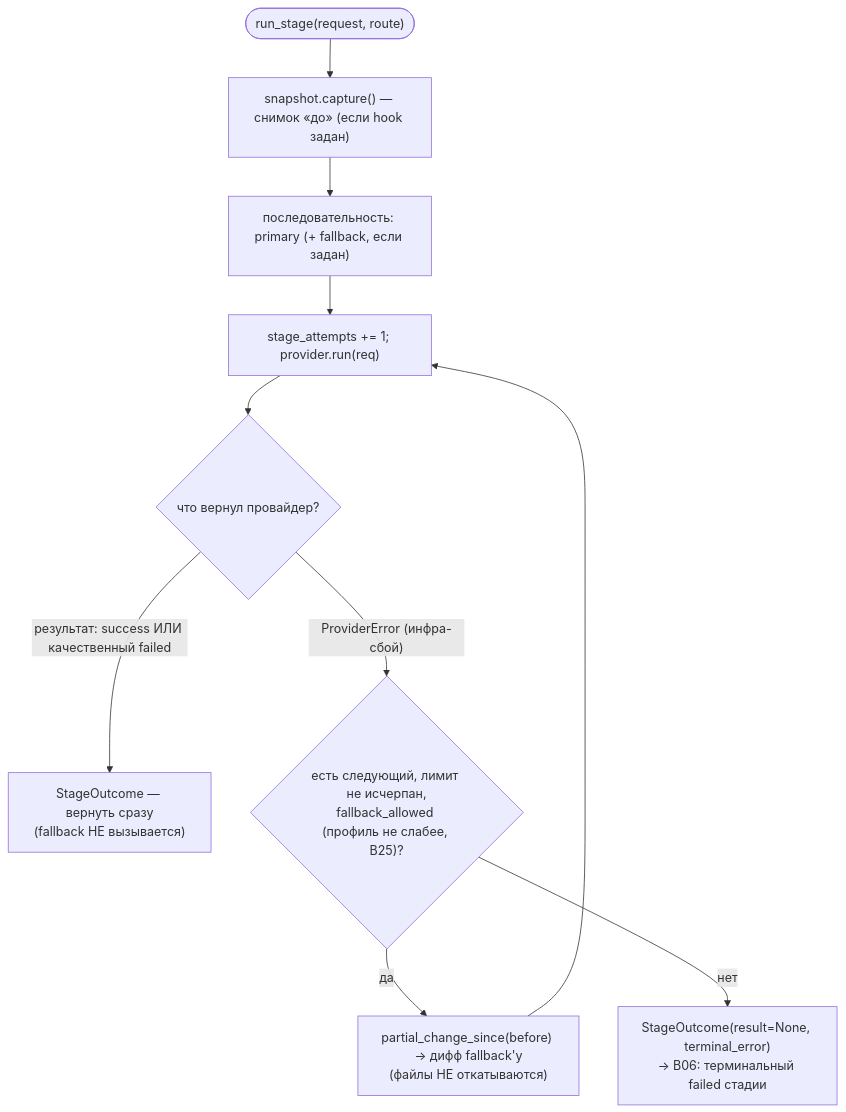
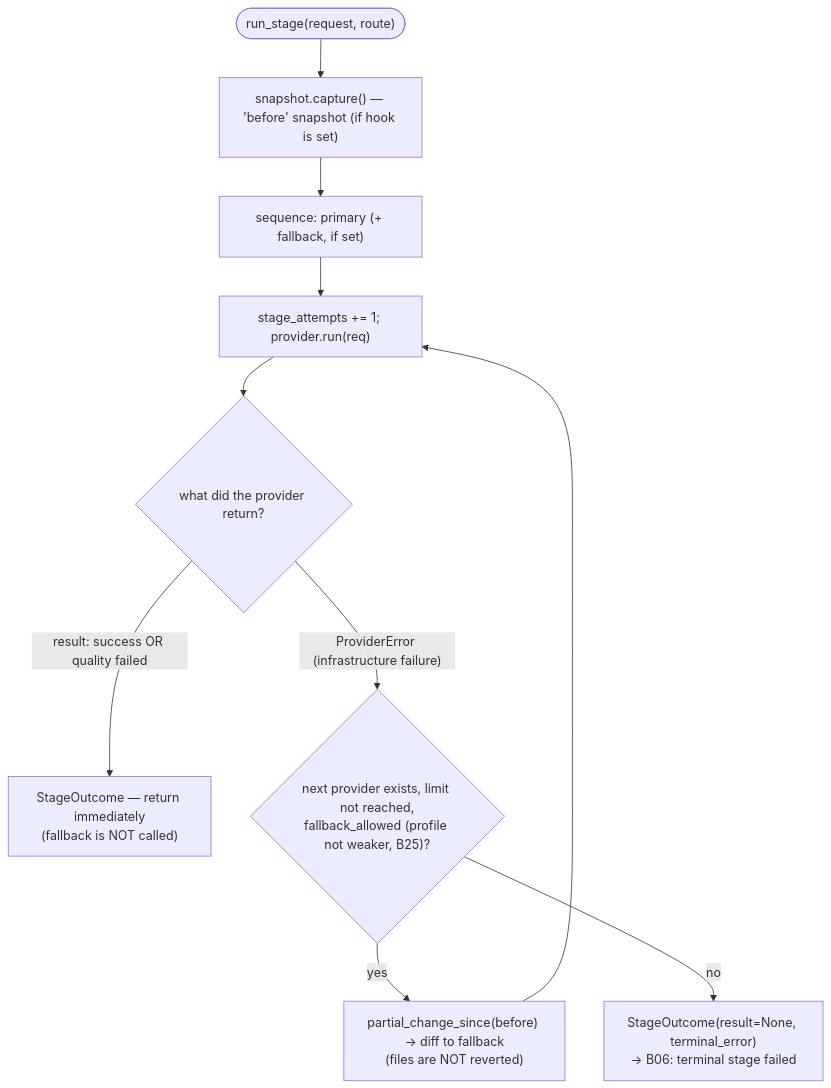
The diagram in docs/functional/blocks/B17-agent-router-and-fallback.md (VladimirMakarevich/wastech-orchestrator), drawn with Mermaid before and after one commit. The commit also changed other lines of this file and 41 other files, not shown here.

Commit message:
docs: translate system flows documentation from Russian to English, ensuring clarity and consistency in terminology. Update sequence diagrams and flowcharts to reflect the changes in language. Maintain the structure and references to blocks for ease of navigation.

````diff
--- a/docs/functional/blocks/B17-agent-router-and-fallback.md
+++ b/docs/functional/blocks/B17-agent-router-and-fallback.md
@@ -49,12 +49,12 @@
 ```mermaid
 flowchart TB
-    start(["run_stage(request, route)"]) --> cap["snapshot.capture() — снимок «до» (если hook задан)"]
-    cap --> seq["последовательность: primary (+ fallback, если задан)"]
+    start(["run_stage(request, route)"]) --> cap["snapshot.capture() — 'before' snapshot (if hook is set)"]
+    cap --> seq["sequence: primary (+ fallback, if set)"]
     seq --> run["stage_attempts += 1; provider.run(req)"]
-    run --> res{"что вернул провайдер?"}
-    res -->|"результат: success ИЛИ качественный failed"| done["StageOutcome — вернуть сразу<br/>(fallback НЕ вызывается)"]
-    res -->|"ProviderError (инфра-сбой)"| fb{"есть следующий, лимит не исчерпан,<br/>fallback_allowed (профиль не слабее, B25)?"}
-    fb -->|да| diff["partial_change_since(before) → дифф fallback'у<br/>(файлы НЕ откатываются)"]
+    run --> res{"what did the provider return?"}
+    res -->|"result: success OR quality failed"| done["StageOutcome — return immediately<br/>(fallback is NOT called)"]
+    res -->|"ProviderError (infrastructure failure)"| fb{"next provider exists, limit not reached,<br/>fallback_allowed (profile not weaker, B25)?"}
+    fb -->|yes| diff["partial_change_since(before) → diff to fallback<br/>(files are NOT reverted)"]
     diff --> run
-    fb -->|нет| term["StageOutcome(result=None, terminal_error)<br/>→ B06: терминальный failed стадии"]
+    fb -->|no| term["StageOutcome(result=None, terminal_error)<br/>→ B06: terminal stage failed"]
 ```
````
